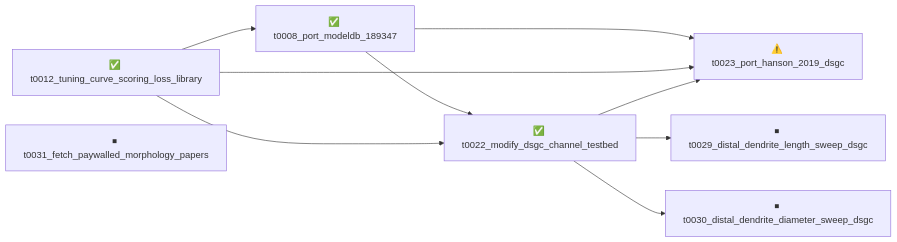
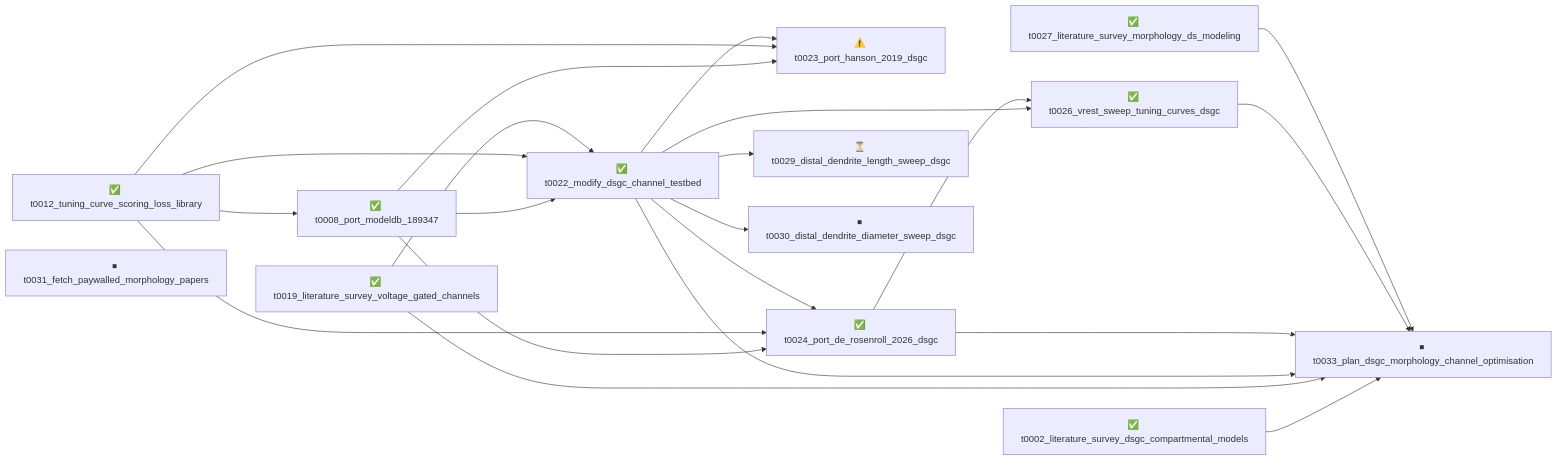
Before and after one commit to tonza17/neuron-channels: the diagram in overview/tasks/README.md, drawn with Mermaid. The commit also changed other lines of this file and 27 other files, not shown here.

````diff
--- a/overview/tasks/README.md
+++ b/overview/tasks/README.md
@@ -13,19 +15,37 @@
 ```mermaid
 graph LR
+    t0002_literature_survey_dsgc_compartmental_models["✅ t0002_literature_survey_dsgc_compartmental_models"]
     t0008_port_modeldb_189347["✅ t0008_port_modeldb_189347"]
     t0012_tuning_curve_scoring_loss_library["✅ t0012_tuning_curve_scoring_loss_library"]
+    t0019_literature_survey_voltage_gated_channels["✅ t0019_literature_survey_voltage_gated_channels"]
     t0022_modify_dsgc_channel_testbed["✅ t0022_modify_dsgc_channel_testbed"]
     t0023_port_hanson_2019_dsgc["⚠️ t0023_port_hanson_2019_dsgc"]
-    t0029_distal_dendrite_length_sweep_dsgc["⏹ t0029_distal_dendrite_length_sweep_dsgc"]
+    t0024_port_de_rosenroll_2026_dsgc["✅ t0024_port_de_rosenroll_2026_dsgc"]
+    t0026_vrest_sweep_tuning_curves_dsgc["✅ t0026_vrest_sweep_tuning_curves_dsgc"]
+    t0027_literature_survey_morphology_ds_modeling["✅ t0027_literature_survey_morphology_ds_modeling"]
+    t0029_distal_dendrite_length_sweep_dsgc["⏳ t0029_distal_dendrite_length_sweep_dsgc"]
     t0030_distal_dendrite_diameter_sweep_dsgc["⏹ t0030_distal_dendrite_diameter_sweep_dsgc"]
     t0031_fetch_paywalled_morphology_papers["⏹ t0031_fetch_paywalled_morphology_papers"]
+    t0033_plan_dsgc_morphology_channel_optimisation["⏹ t0033_plan_dsgc_morphology_channel_optimisation"]
 
     t0012_tuning_curve_scoring_loss_library --> t0008_port_modeldb_189347
     t0008_port_modeldb_189347 --> t0022_modify_dsgc_channel_testbed
     t0012_tuning_curve_scoring_loss_library --> t0022_modify_dsgc_channel_testbed
+    t0019_literature_survey_voltage_gated_channels --> t0022_modify_dsgc_channel_testbed
     t0008_port_modeldb_189347 --> t0023_port_hanson_2019_dsgc
     t0012_tuning_curve_scoring_loss_library --> t0023_port_hanson_2019_dsgc
     t0022_modify_dsgc_channel_testbed --> t0023_port_hanson_2019_dsgc
+    t0008_port_modeldb_189347 --> t0024_port_de_rosenroll_2026_dsgc
+    t0012_tuning_curve_scoring_loss_library --> t0024_port_de_rosenroll_2026_dsgc
+    t0022_modify_dsgc_channel_testbed --> t0024_port_de_rosenroll_2026_dsgc
+    t0022_modify_dsgc_channel_testbed --> t0026_vrest_sweep_tuning_curves_dsgc
+    t0024_port_de_rosenroll_2026_dsgc --> t0026_vrest_sweep_tuning_curves_dsgc
     t0022_modify_dsgc_channel_testbed --> t0029_distal_dendrite_length_sweep_dsgc
     t0022_modify_dsgc_channel_testbed --> t0030_distal_dendrite_diameter_sweep_dsgc
+    t0002_literature_survey_dsgc_compartmental_models --> t0033_plan_dsgc_morphology_channel_optimisation
+    t0019_literature_survey_voltage_gated_channels --> t0033_plan_dsgc_morphology_channel_optimisation
+    t0022_modify_dsgc_channel_testbed --> t0033_plan_dsgc_morphology_channel_optimisation
+    t0024_port_de_rosenroll_2026_dsgc --> t0033_plan_dsgc_morphology_channel_optimisation
+    t0026_vrest_sweep_tuning_curves_dsgc --> t0033_plan_dsgc_morphology_channel_optimisation
+    t0027_literature_survey_morphology_ds_modeling --> t0033_plan_dsgc_morphology_channel_optimisation
 ```
````
